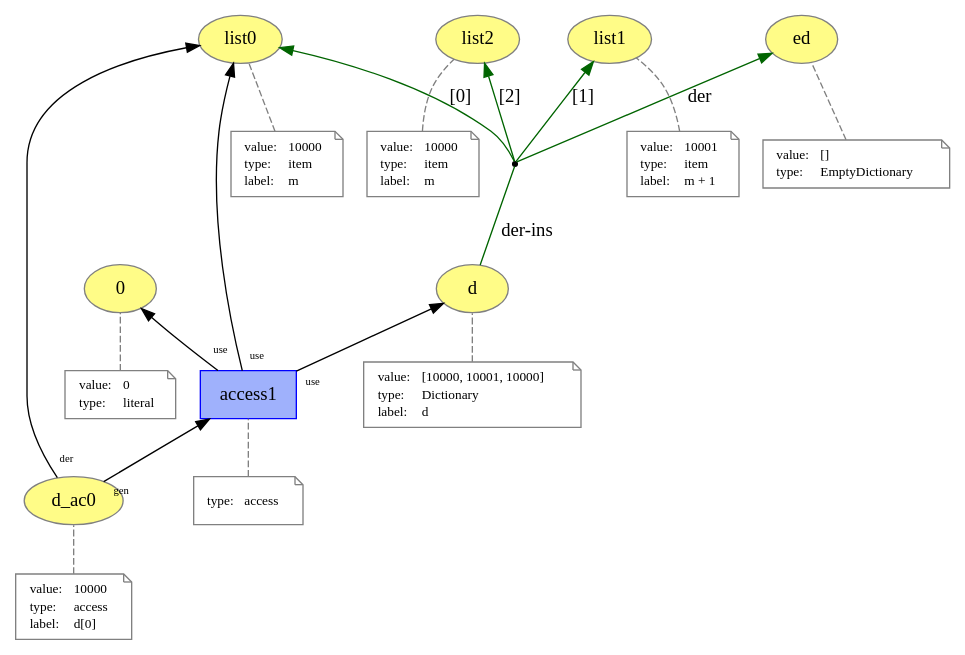
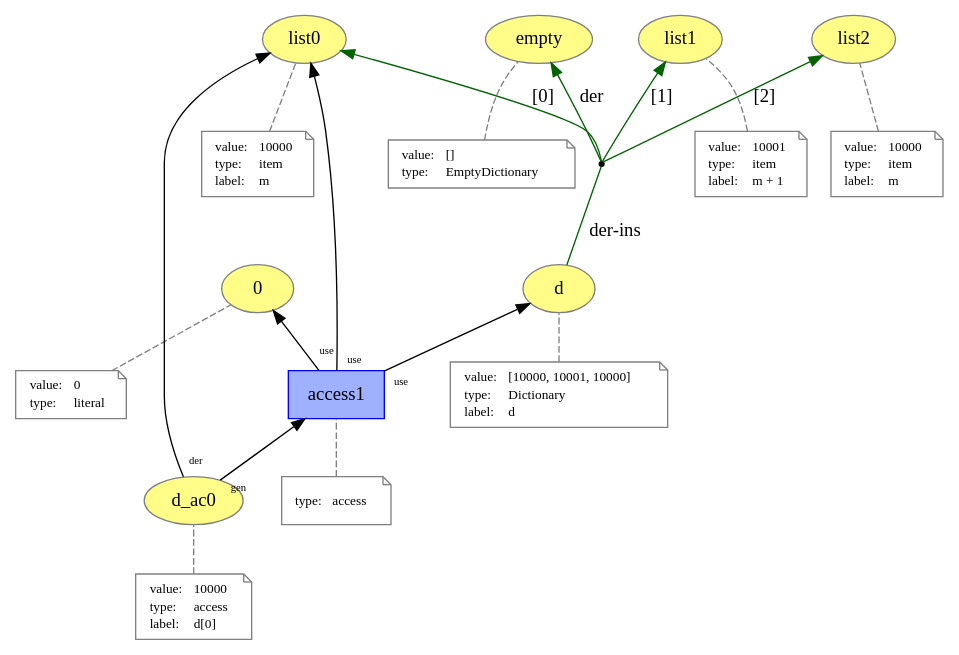
The diagram in images/prov_dictionary/access.dot (dew-uff/versioned-prov), drawn with Graphviz before and after one commit. The commit also changed 31 other files, not shown here.

```diff
--- a/images/prov_dictionary/access.dot
+++ b/images/prov_dictionary/access.dot
@@ -1,125 +1,125 @@
 digraph "PROV" { size="16,12"; rankdir="BT";
+"http://example.org/empty" [fillcolor="#FFFC87",color="#808080",style="filled",label="empty",URL="http://example.org/empty"]
+"-attrs0" [color="gray",shape="note",fontsize="10",fontcolor="black",label=<<TABLE cellpadding="0" border="0">
+	<TR>
+	    <TD align="left">value:</TD>
+	    <TD align="left">[]</TD>
+	</TR>
+	<TR>
+	    <TD align="left">type:</TD>
+	    <TD align="left">EmptyDictionary</TD>
+	</TR>
+</TABLE>>]
+"-attrs0" -> "http://example.org/empty" [color="gray",style="dashed",arrowhead="none"]
 "http://example.org/list0" [fillcolor="#FFFC87",color="#808080",style="filled",label="list0",URL="http://example.org/list0"]
-"-attrs0" [color="gray",shape="note",fontsize="10",fontcolor="black",label=<<TABLE cellpadding="0" border="0">
+"-attrs1" [color="gray",shape="note",fontsize="10",fontcolor="black",label=<<TABLE cellpadding="0" border="0">
 	<TR>
 	    <TD align="left">value:</TD>
 	    <TD align="left">10000</TD>
 	</TR>
 	<TR>
 	    <TD align="left">type:</TD>
 	    <TD align="left">item</TD>
 	</TR>
 	<TR>
 	    <TD align="left">label:</TD>
 	    <TD align="left">m</TD>
 	</TR>
 </TABLE>>]
-"-attrs0" -> "http://example.org/list0" [color="gray",style="dashed",arrowhead="none"]
+"-attrs1" -> "http://example.org/list0" [color="gray",style="dashed",arrowhead="none"]
 "http://example.org/list1" [fillcolor="#FFFC87",color="#808080",style="filled",label="list1",URL="http://example.org/list1"]
-"-attrs1" [color="gray",shape="note",fontsize="10",fontcolor="black",label=<<TABLE cellpadding="0" border="0">
+"-attrs2" [color="gray",shape="note",fontsize="10",fontcolor="black",label=<<TABLE cellpadding="0" border="0">
 	<TR>
 	    <TD align="left">value:</TD>
 	    <TD align="left">10001</TD>
 	</TR>
 	<TR>
 	    <TD align="left">type:</TD>
 	    <TD align="left">item</TD>
 	</TR>
 	<TR>
 	    <TD align="left">label:</TD>
 	    <TD align="left">m + 1</TD>
 	</TR>
 </TABLE>>]
-"-attrs1" -> "http://example.org/list1" [color="gray",style="dashed",arrowhead="none"]
+"-attrs2" -> "http://example.org/list1" [color="gray",style="dashed",arrowhead="none"]
 "http://example.org/list2" [fillcolor="#FFFC87",color="#808080",style="filled",label="list2",URL="http://example.org/list2"]
-"-attrs2" [color="gray",shape="note",fontsize="10",fontcolor="black",label=<<TABLE cellpadding="0" border="0">
+"-attrs3" [color="gray",shape="note",fontsize="10",fontcolor="black",label=<<TABLE cellpadding="0" border="0">
 	<TR>
 	    <TD align="left">value:</TD>
 	    <TD align="left">10000</TD>
 	</TR>
 	<TR>
 	    <TD align="left">type:</TD>
 	    <TD align="left">item</TD>
 	</TR>
 	<TR>
 	    <TD align="left">label:</TD>
 	    <TD align="left">m</TD>
 	</TR>
 </TABLE>>]
-"-attrs2" -> "http://example.org/list2" [color="gray",style="dashed",arrowhead="none"]
-"http://example.org/ed" [fillcolor="#FFFC87",color="#808080",style="filled",label="ed",URL="http://example.org/ed"]
-"-attrs3" [color="gray",shape="note",fontsize="10",fontcolor="black",label=<<TABLE cellpadding="0" border="0">
-	<TR>
-	    <TD align="left">value:</TD>
-	    <TD align="left">[]</TD>
-	</TR>
-	<TR>
-	    <TD align="left">type:</TD>
-	    <TD align="left">EmptyDictionary</TD>
-	</TR>
-</TABLE>>]
-"-attrs3" -> "http://example.org/ed" [color="gray",style="dashed",arrowhead="none"]
+"-attrs3" -> "http://example.org/list2" [color="gray",style="dashed",arrowhead="none"]
 "http://example.org/d" [fillcolor="#FFFC87",color="#808080",style="filled",label="d",URL="http://example.org/d"]
 "-attrs4" [color="gray",shape="note",fontsize="10",fontcolor="black",label=<<TABLE cellpadding="0" border="0">
 	<TR>
 	    <TD align="left">value:</TD>
 	    <TD align="left">[10000, 10001, 10000]</TD>
 	</TR>
 	<TR>
 	    <TD align="left">type:</TD>
 	    <TD align="left">Dictionary</TD>
 	</TR>
 	<TR>
 	    <TD align="left">label:</TD>
 	    <TD align="left">d</TD>
 	</TR>
 </TABLE>>]
 "-attrs4" -> "http://example.org/d" [color="gray",style="dashed",arrowhead="none"]
 "bn0" [shape="point",label=""]
 "http://example.org/d" -> "bn0" [labelfontsize="8",labeldistance="1.5",color="darkgreen",labelangle="60.0",rotation="20",label="der-ins",arrowhead="none"]
-"bn0" -> "http://example.org/ed" [labelfontsize="8",labeldistance="1.5",color="darkgreen",labelangle="60.0",rotation="20",label="der"]
+"bn0" -> "http://example.org/empty" [labelfontsize="8",labeldistance="1.5",color="darkgreen",labelangle="60.0",rotation="20",label="der"]
 "bn0" -> "http://example.org/list0" [labelfontsize="8",labeldistance="1.5",color="darkgreen",labelangle="60.0",rotation="20",label="[0]"]
 "bn0" -> "http://example.org/list1" [labelfontsize="8",labeldistance="1.5",color="darkgreen",labelangle="60.0",rotation="20",label="[1]"]
 "bn0" -> "http://example.org/list2" [labelfontsize="8",labeldistance="1.5",color="darkgreen",labelangle="60.0",rotation="20",label="[2]"]
 "http://example.org/0" [fillcolor="#FFFC87",color="#808080",style="filled",label="0",URL="http://example.org/0"]
 "-attrs5" [color="gray",shape="note",fontsize="10",fontcolor="black",label=<<TABLE cellpadding="0" border="0">
 	<TR>
 	    <TD align="left">value:</TD>
 	    <TD align="left">0</TD>
 	</TR>
 	<TR>
 	    <TD align="left">type:</TD>
 	    <TD align="left">literal</TD>
 	</TR>
 </TABLE>>]
 "-attrs5" -> "http://example.org/0" [color="gray",style="dashed",arrowhead="none"]
 "http://example.org/d_ac0" [fillcolor="#FFFC87",color="#808080",style="filled",label="d_ac0",URL="http://example.org/d_ac0"]
 "-attrs6" [color="gray",shape="note",fontsize="10",fontcolor="black",label=<<TABLE cellpadding="0" border="0">
 	<TR>
 	    <TD align="left">value:</TD>
 	    <TD align="left">10000</TD>
 	</TR>
 	<TR>
 	    <TD align="left">type:</TD>
 	    <TD align="left">access</TD>
 	</TR>
 	<TR>
 	    <TD align="left">label:</TD>
 	    <TD align="left">d[0]</TD>
 	</TR>
 </TABLE>>]
 "-attrs6" -> "http://example.org/d_ac0" [color="gray",style="dashed",arrowhead="none"]
 "http://example.org/access1" [fillcolor="#9FB1FC",color="#0000FF",shape="polygon",sides="4",style="filled",label="access1",URL="http://example.org/access1"]
 "-attrs7" [color="gray",shape="note",fontsize="10",fontcolor="black",label=<<TABLE cellpadding="0" border="0">
 	<TR>
 	    <TD align="left">type:</TD>
 	    <TD align="left">access</TD>
 	</TR>
 </TABLE>>]
 "-attrs7" -> "http://example.org/access1" [color="gray",style="dashed",arrowhead="none"]
 "http://example.org/access1" -> "http://example.org/d" [labelfontsize="8",labeldistance="1.5",labelangle="60.0",rotation="20",taillabel="use"]
 "http://example.org/access1" -> "http://example.org/0" [labelfontsize="8",labeldistance="1.5",labelangle="60.0",rotation="20",taillabel="use"]
 "http://example.org/access1" -> "http://example.org/list0" [labelfontsize="8",labeldistance="1.5",labelangle="60.0",rotation="20",taillabel="use"]
 "http://example.org/d_ac0" -> "http://example.org/access1" [labelfontsize="8",labeldistance="1.5",labelangle="60.0",rotation="20",taillabel="gen"]
 "http://example.org/d_ac0" -> "http://example.org/list0" [labelfontsize="8",labeldistance="1.5",labelangle="60.0",rotation="20",taillabel="der"]
 }
```
